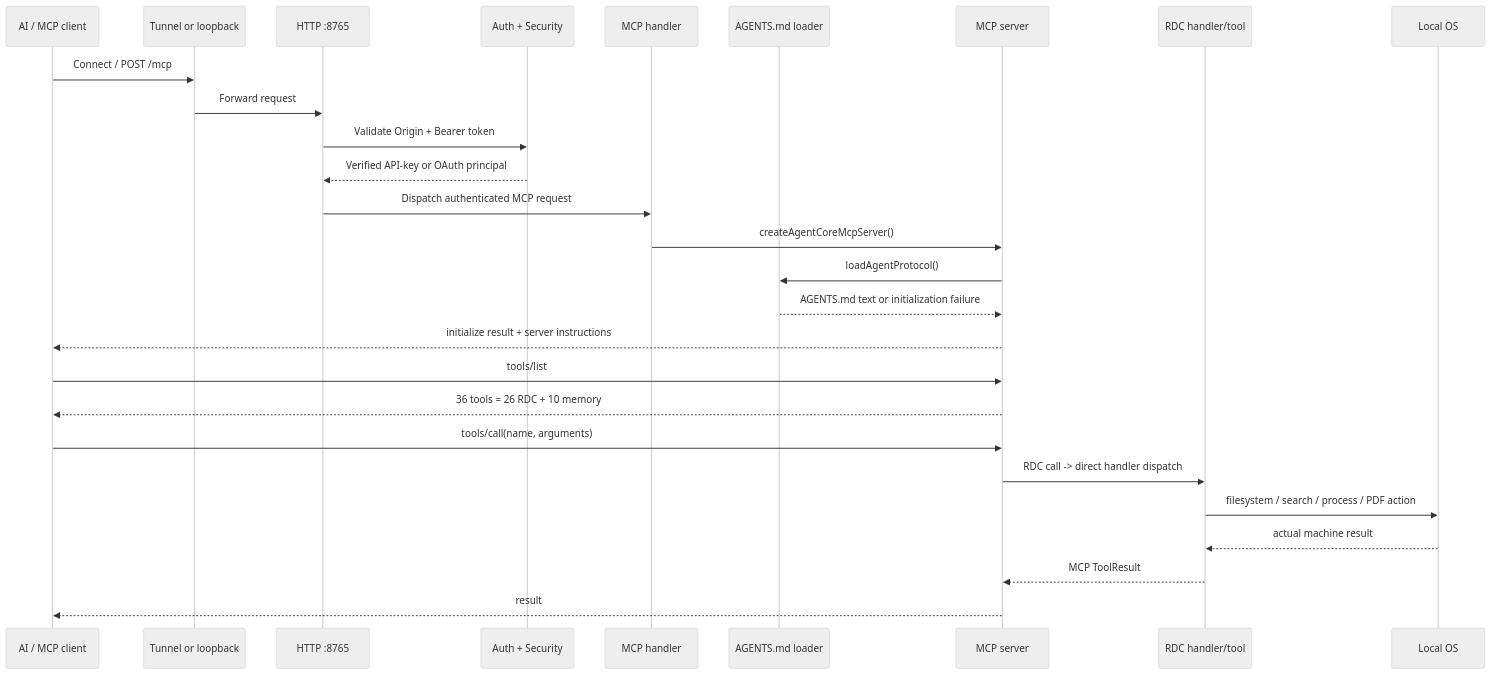
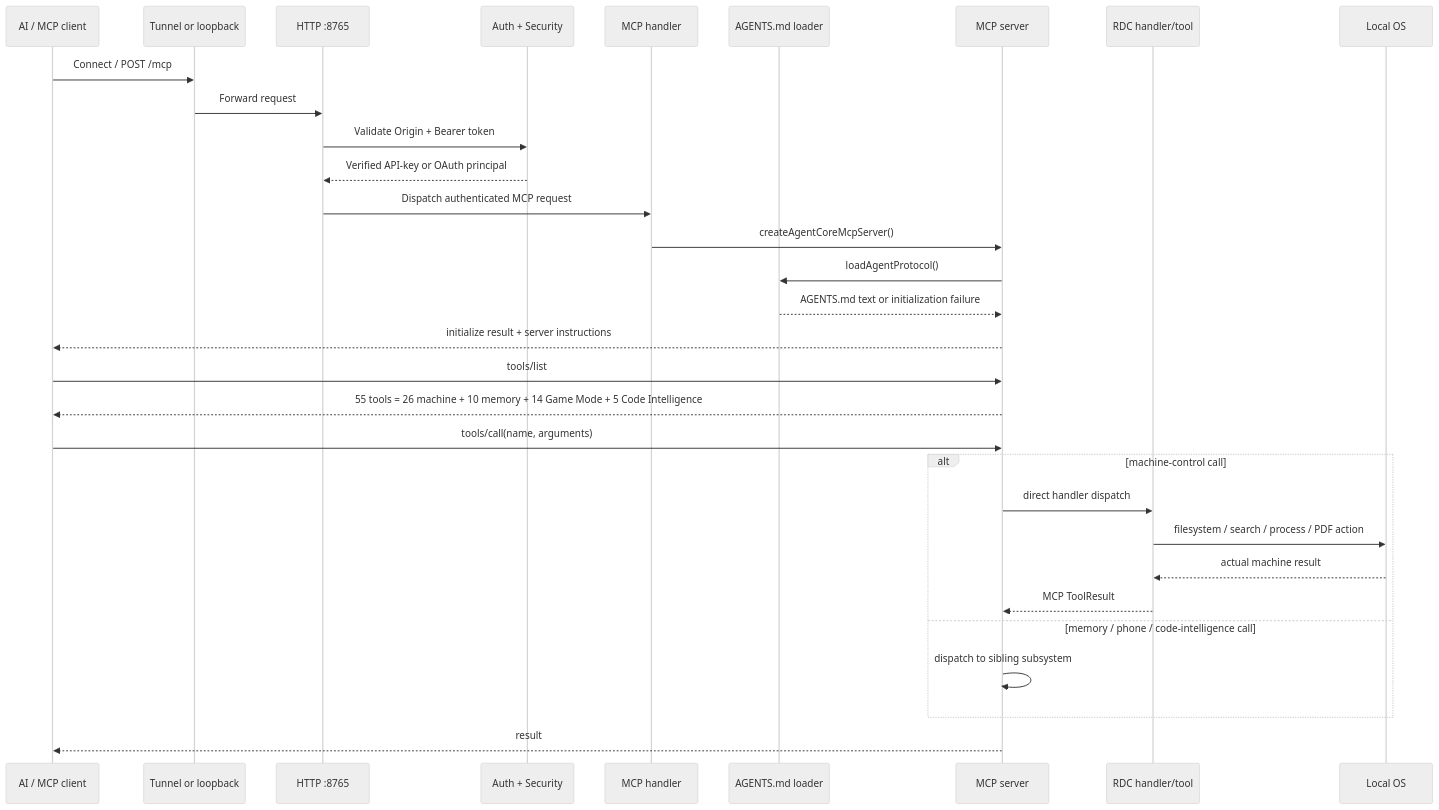
The third of 7 diagrams in docs/CODEBASE.md (Black-Project-Agent-Core/Agent-Core), drawn with Mermaid (neutral theme) before and after one commit. The commit also changed other lines of this file and 816 other files, not shown here.

````diff
--- a/docs/CODEBASE.md
+++ b/docs/CODEBASE.md
@@ -2112,30 +2629,34 @@
 ```mermaid
 sequenceDiagram
   participant AI as AI / MCP client
   participant T as Tunnel or loopback
   participant HTTP as HTTP :8765
   participant A as Auth + Security
   participant M as MCP handler
   participant P as AGENTS.md loader
   participant S as MCP server
   participant R as RDC handler/tool
   participant O as Local OS
 
   AI->>T: Connect / POST /mcp
   T->>HTTP: Forward request
   HTTP->>A: Validate Origin + Bearer token
   A-->>HTTP: Verified API-key or OAuth principal
   HTTP->>M: Dispatch authenticated MCP request
   M->>S: createAgentCoreMcpServer()
   S->>P: loadAgentProtocol()
   P-->>S: AGENTS.md text or initialization failure
   S-->>AI: initialize result + server instructions
   AI->>S: tools/list
-  S-->>AI: 36 tools = 26 RDC + 10 memory
+  S-->>AI: 55 tools = 26 machine + 10 memory + 14 Game Mode + 5 Code Intelligence
   AI->>S: tools/call(name, arguments)
-  S->>R: RDC call -> direct handler dispatch
-  R->>O: filesystem / search / process / PDF action
-  O-->>R: actual machine result
-  R-->>S: MCP ToolResult
+  alt machine-control call
+    S->>R: direct handler dispatch
+    R->>O: filesystem / search / process / PDF action
+    O-->>R: actual machine result
+    R-->>S: MCP ToolResult
+  else memory / phone / code-intelligence call
+    S->>S: dispatch to sibling subsystem
+  end
   S-->>AI: result
 ```
````
